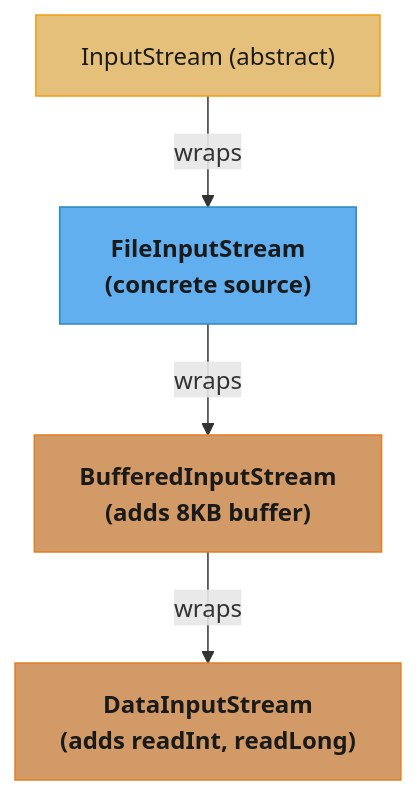
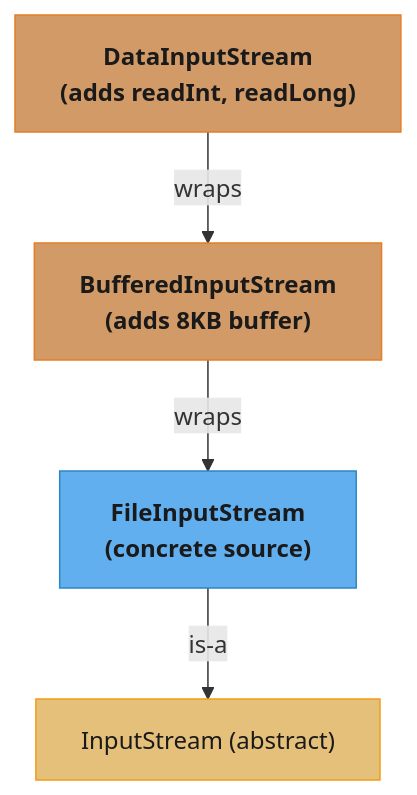
The first of 5 diagrams in src/main/java/com/rutik/systemdesign/java/design_patterns_in_java/README.md (rppol/system-design), drawn with Mermaid before and after one commit. The commit also changed other lines of this file and 4 other files, not shown here.

````diff
--- a/src/main/java/com/rutik/systemdesign/java/design_patterns_in_java/README.md
+++ b/src/main/java/com/rutik/systemdesign/java/design_patterns_in_java/README.md
@@ -85,18 +85,18 @@
 ```mermaid
 flowchart TD
     classDef io      fill:#61afef,stroke:#2e86c1,color:#1a1a1a,font-weight:bold
     classDef frozen  fill:#c678dd,stroke:#9b59b6,color:#fff
     classDef train   fill:#98c379,stroke:#27ae60,color:#1a1a1a
     classDef mathOp  fill:#d19a66,stroke:#e67e22,color:#1a1a1a,font-weight:bold
     classDef lossN   fill:#e06c75,stroke:#c0392b,color:#fff,font-weight:bold
     classDef req     fill:#56b6c2,stroke:#0097a7,color:#1a1a1a
     classDef base    fill:#e5c07b,stroke:#f39c12,color:#1a1a1a
 
-    A["InputStream (abstract)"] -->|wraps| B["FileInputStream\n(concrete source)"]
-    B -->|wraps| C["BufferedInputStream\n(adds 8KB buffer)"]
-    C -->|wraps| D["DataInputStream\n(adds readInt, readLong)"]
+    D["DataInputStream\n(adds readInt, readLong)"] -->|wraps| C["BufferedInputStream\n(adds 8KB buffer)"]
+    C -->|wraps| B["FileInputStream\n(concrete source)"]
+    B -->|"is-a"| A["InputStream (abstract)"]
 
     class A base
     class B io
     class C,D mathOp
 ```
````
